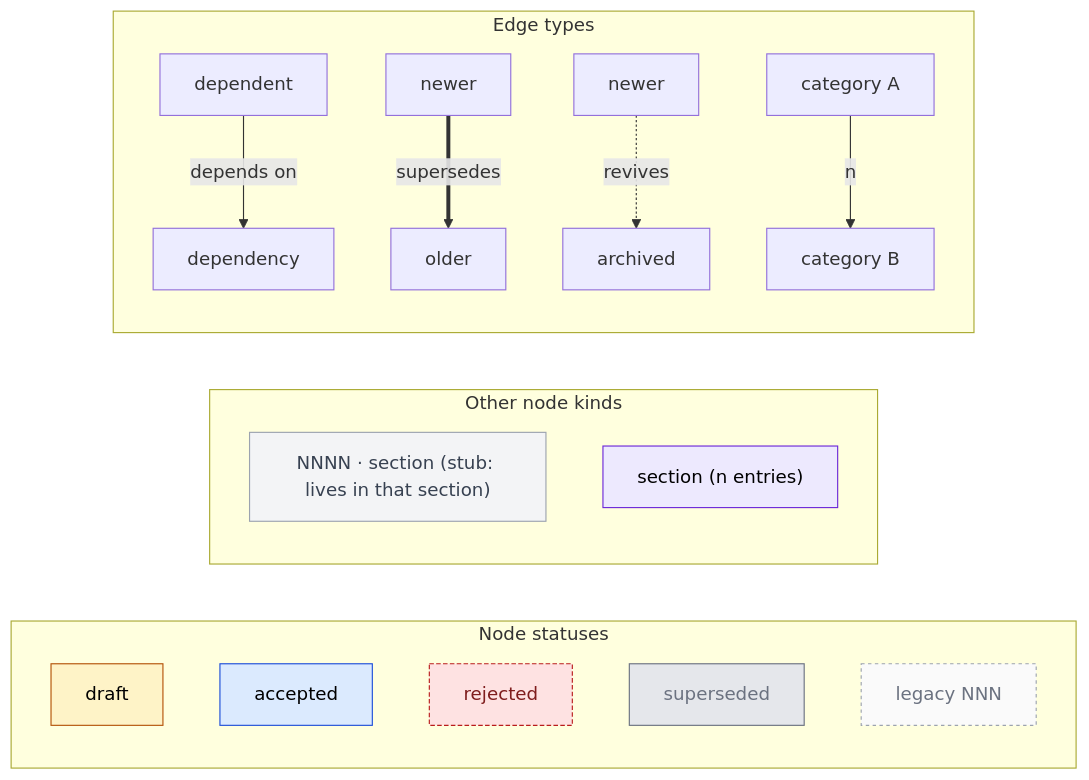
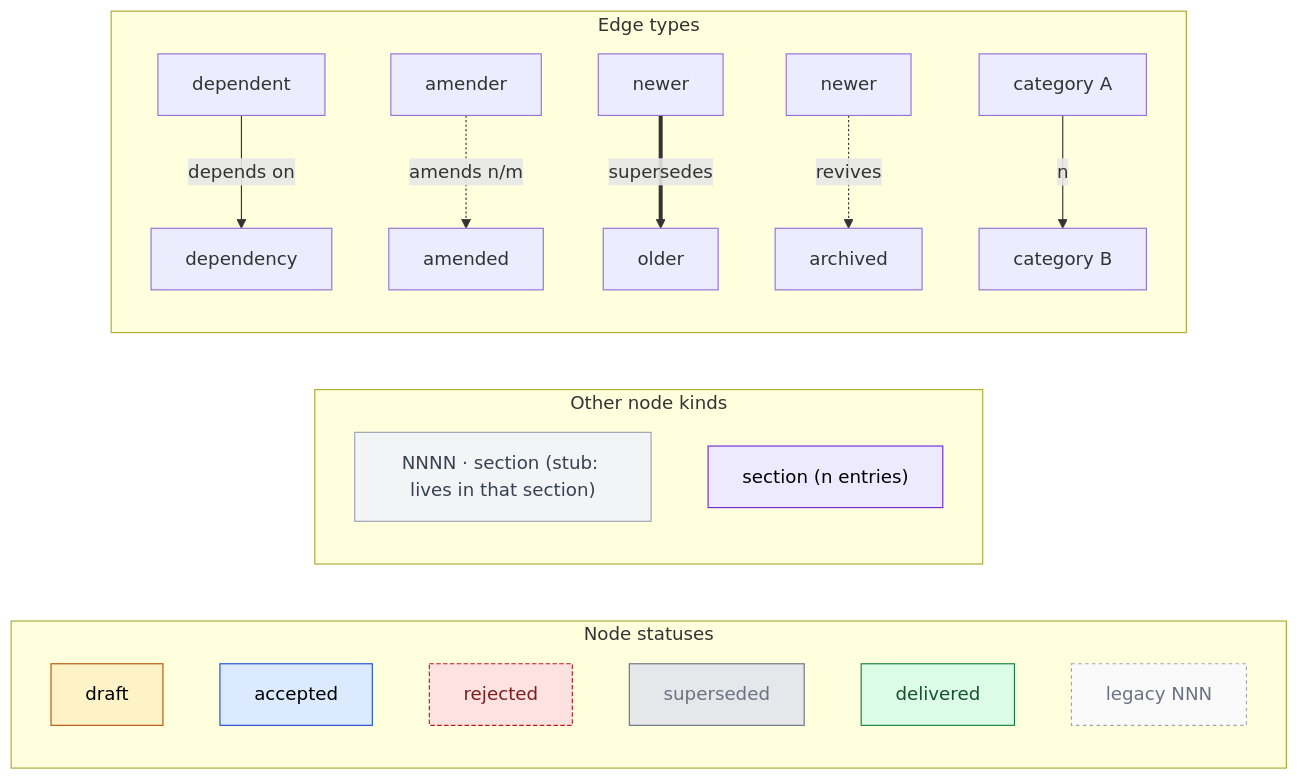
Before and after one commit to open-platform-model/enhancements: the seventh of 7 diagrams in GRAPH.md, drawn with Mermaid. The commit also changed other lines of this file and 525 other files, not shown here.

````diff
--- a/GRAPH.md
+++ b/GRAPH.md
@@ -217,30 +212,33 @@
 ```mermaid
 graph LR
   classDef draft       fill:#fef3c7,stroke:#b45309,color:#000
   classDef accepted    fill:#dbeafe,stroke:#1d4ed8,color:#000
   classDef rejected    fill:#fee2e2,stroke:#b91c1c,color:#7f1d1d,stroke-dasharray:4 2
   classDef superseded  fill:#e5e7eb,stroke:#6b7280,color:#6b7280
+  classDef delivered   fill:#dcfce7,stroke:#15803d,color:#14532d
   classDef legacy      fill:#fafafa,stroke:#9ca3af,color:#6b7280,stroke-dasharray:3 3
   classDef stub        fill:#f3f4f6,stroke:#9ca3af,color:#374151
   classDef category    fill:#ede9fe,stroke:#6d28d9,color:#000
 
   subgraph statuses ["Node statuses"]
     Ldraft["draft"]:::draft
     Laccepted["accepted"]:::accepted
     Lrejected["rejected"]:::rejected
     Lsuperseded["superseded"]:::superseded
+    Ldelivered["delivered"]:::delivered
     Llegacy["legacy NNN"]:::legacy
   end
 
   subgraph other ["Other node kinds"]
     Lstub["NNNN · section (stub: lives in that section)"]:::stub
     Lcategory["section (n entries)"]:::category
   end
 
   subgraph edges ["Edge types"]
     Edep_a["dependent"] -->|depends on| Edep_b["dependency"]
+    Eam_a["amender"] -.->|amends n/m| Eam_b["amended"]
     Esup_new["newer"] ==>|supersedes| Esup_old["older"]
     Erev_new["newer"] -.->|revives| Erev_old["archived"]
     Ecat_a["category A"] -->|n| Ecat_b["category B"]
   end
 ```
````
